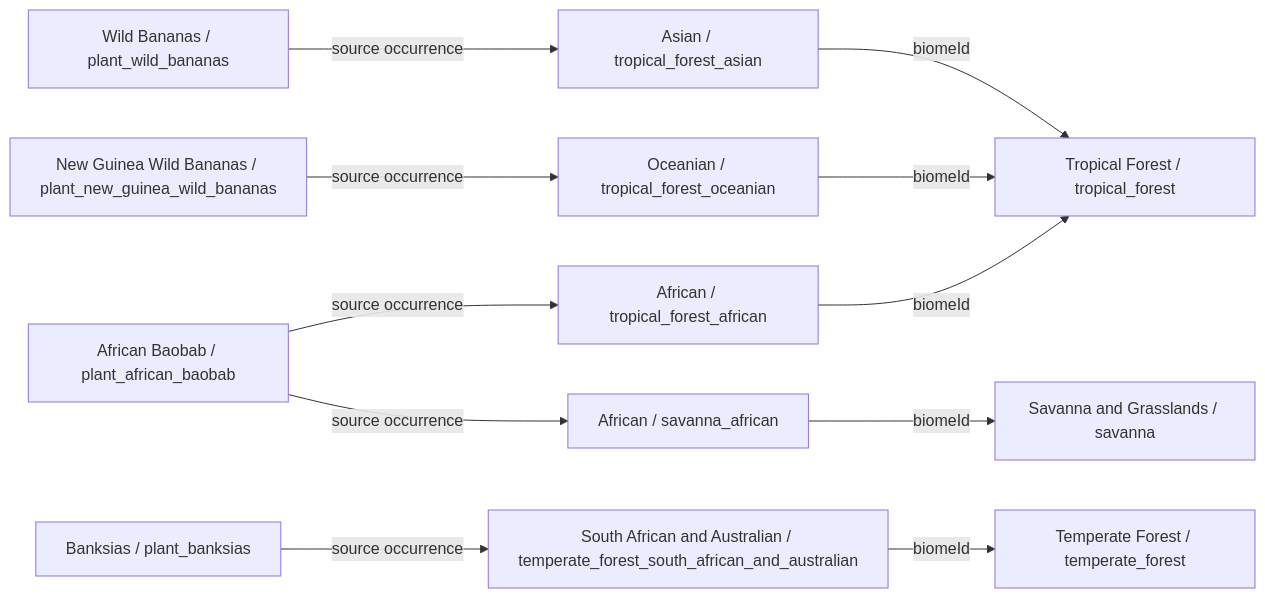
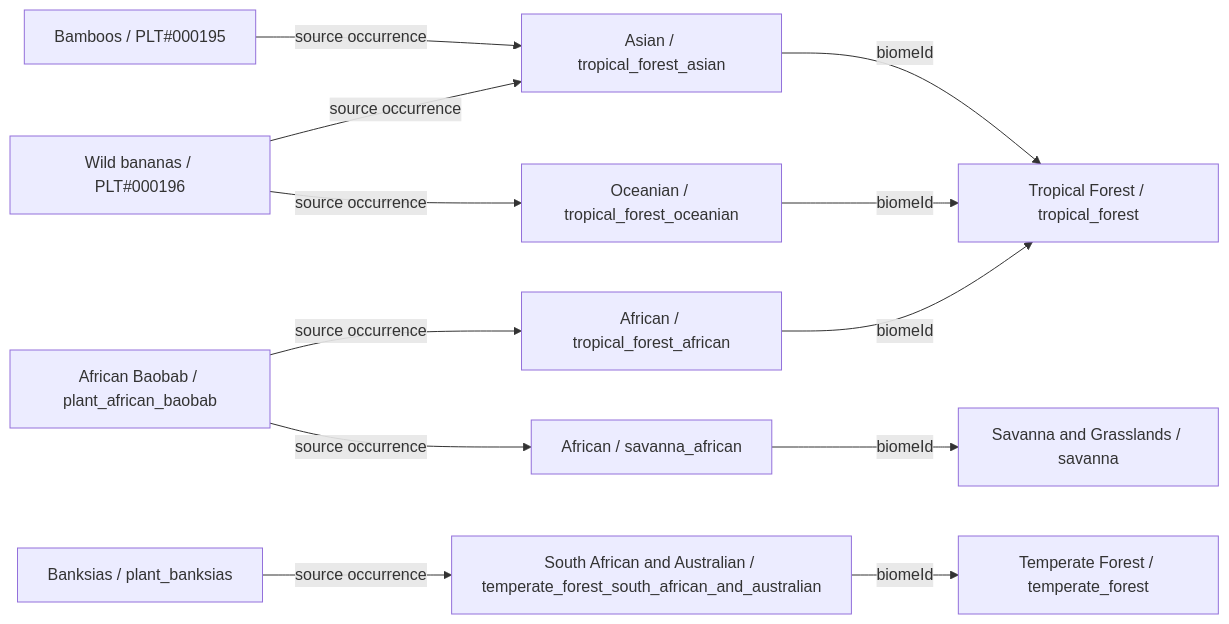
One commit to fgabo404/EvolveDoc changed the fifth of 34 diagrams in data/plants/DIAGRAMS.md. Above: the diagram before and after it, drawn with Mermaid. The commit also changed other lines of this file and 59 other files, not shown here.

````diff
--- a/data/plants/DIAGRAMS.md
+++ b/data/plants/DIAGRAMS.md
@@ -302,25 +253,26 @@
 ```mermaid
 flowchart LR
-    c0["Wild Bananas / plant_wild_bananas"]
+    c0["Bamboos / PLT#000195"]
     v2["Asian / tropical_forest_asian"]
     b0["Tropical Forest / tropical_forest"]
-    c1["New Guinea Wild Bananas / plant_new_guinea_wild_bananas"]
+    c1["Wild bananas / PLT#000196"]
     v3["Oceanian / tropical_forest_oceanian"]
     c2["Banksias / plant_banksias"]
     v6["South African and Australian / temperate_forest_south_african_and_australian"]
     b1["Temperate Forest / temperate_forest"]
     c3["African Baobab / plant_african_baobab"]
     v1["African / tropical_forest_african"]
     v11["African / savanna_african"]
     b3["Savanna and Grasslands / savanna"]
     c0 -->|source occurrence| v2
+    c1 -->|source occurrence| v2
     c1 -->|source occurrence| v3
     c2 -->|source occurrence| v6
     c3 -->|source occurrence| v1
     c3 -->|source occurrence| v11
     v1 -->|biomeId| b0
     v11 -->|biomeId| b3
     v2 -->|biomeId| b0
     v3 -->|biomeId| b0
     v6 -->|biomeId| b1
 ```
````
